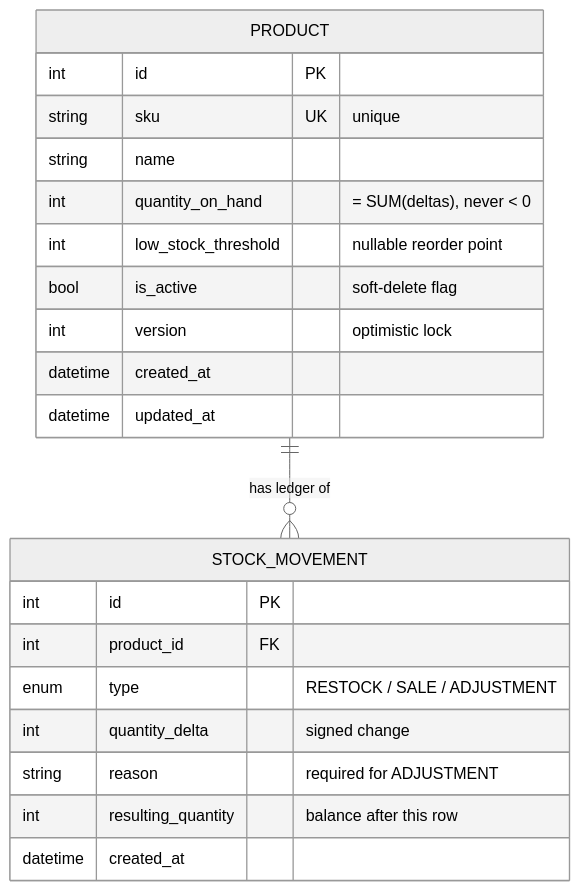
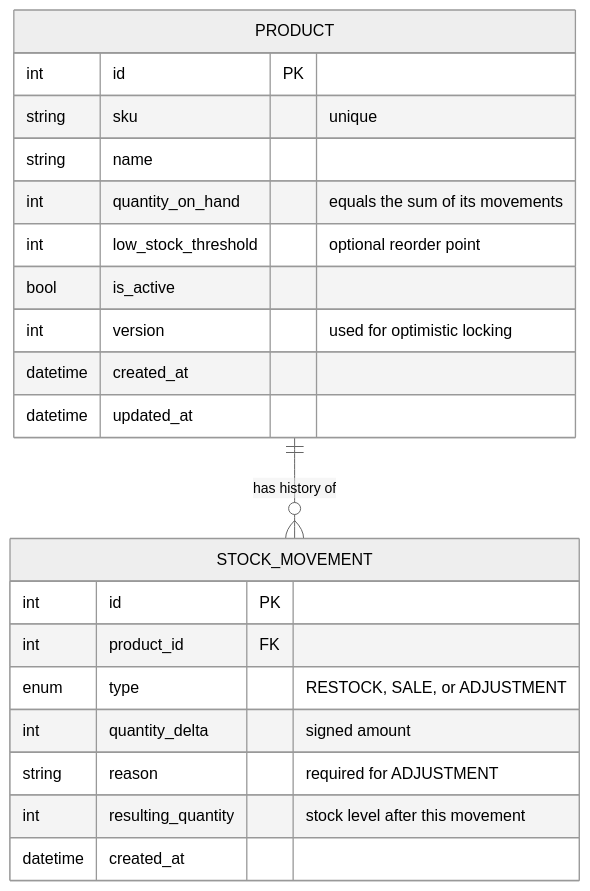
Before and after one commit to Devblaze14/foxo: the second of 2 diagrams in README.md, drawn with Mermaid (neutral theme). The commit also changed other lines of this file and 5 other files, not shown here.

````diff
--- a/README.md
+++ b/README.md
@@ -264,26 +77,26 @@
 ```mermaid
 erDiagram
-    PRODUCT ||--o{ STOCK_MOVEMENT : "has ledger of"
+    PRODUCT ||--o{ STOCK_MOVEMENT : "has history of"
 
     PRODUCT {
         int id PK
-        string sku UK "unique"
+        string sku "unique"
         string name
-        int quantity_on_hand "= SUM(deltas), never < 0"
-        int low_stock_threshold "nullable reorder point"
-        bool is_active "soft-delete flag"
-        int version "optimistic lock"
+        int quantity_on_hand "equals the sum of its movements"
+        int low_stock_threshold "optional reorder point"
+        bool is_active
+        int version "used for optimistic locking"
         datetime created_at
         datetime updated_at
     }
 
     STOCK_MOVEMENT {
         int id PK
         int product_id FK
-        enum type "RESTOCK / SALE / ADJUSTMENT"
-        int quantity_delta "signed change"
+        enum type "RESTOCK, SALE, or ADJUSTMENT"
+        int quantity_delta "signed amount"
         string reason "required for ADJUSTMENT"
-        int resulting_quantity "balance after this row"
+        int resulting_quantity "stock level after this movement"
         datetime created_at
     }
 ```
````
